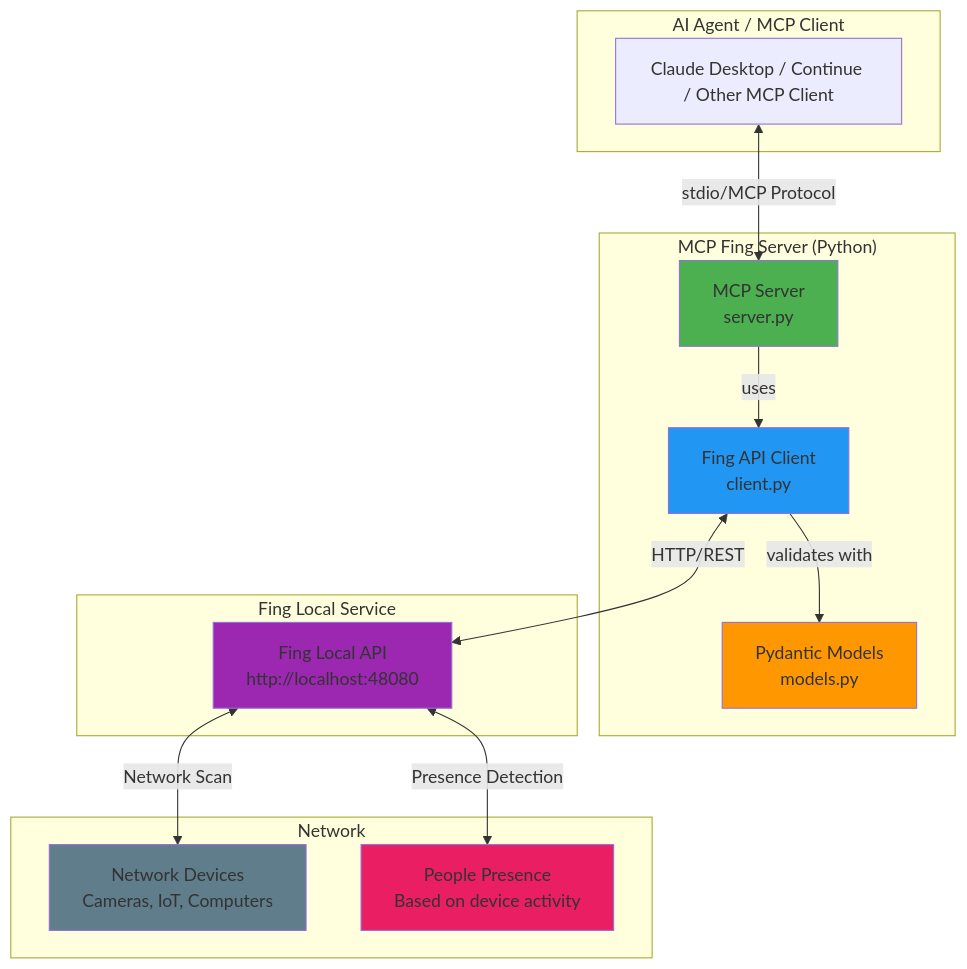
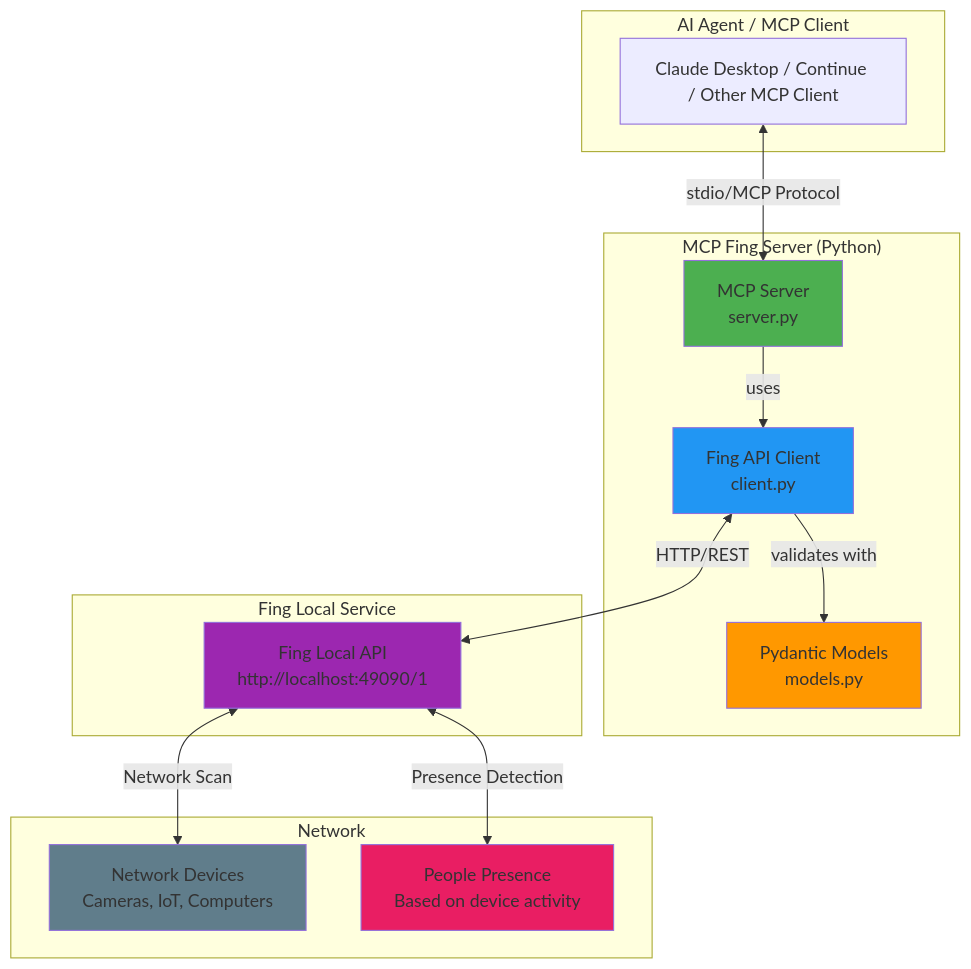
Before and after one commit to th3Wheel/Battlestar-Ventana-Network-Blueprint: the first of 4 diagrams in mcp-fing-server/ARCHITECTURE.md, drawn with Mermaid. The commit also changed other lines of this file and 8 other files, not shown here.

````diff
--- a/mcp-fing-server/ARCHITECTURE.md
+++ b/mcp-fing-server/ARCHITECTURE.md
@@ -3,36 +3,36 @@
 ```mermaid
 flowchart TB
     subgraph "AI Agent / MCP Client"
         Client[Claude Desktop / Continue / Other MCP Client]
     end
     
     subgraph "MCP Fing Server (Python)"
         Server[MCP Server<br/>server.py]
         Client_Wrapper[Fing API Client<br/>client.py]
         Models[Pydantic Models<br/>models.py]
         
         Server -->|uses| Client_Wrapper
         Client_Wrapper -->|validates with| Models
     end
     
     subgraph "Fing Local Service"
-        Fing[Fing Local API<br/>http://localhost:48080]
+        Fing[Fing Local API<br/>http://localhost:49090/1]
     end
     
     subgraph "Network"
         Devices[Network Devices<br/>Cameras, IoT, Computers]
         People[People Presence<br/>Based on device activity]
     end
     
     Client <-->|stdio/MCP Protocol| Server
     Client_Wrapper <-->|HTTP/REST| Fing
     Fing <-->|Network Scan| Devices
     Fing <-->|Presence Detection| People
     
     style Server fill:#4CAF50
     style Client_Wrapper fill:#2196F3
     style Models fill:#FF9800
     style Fing fill:#9C27B0
     style Devices fill:#607D8B
     style People fill:#E91E63
 ```
````
